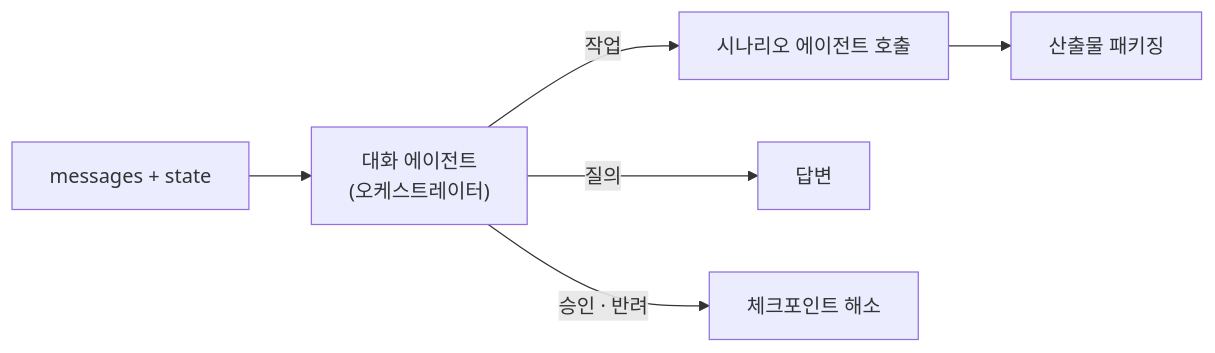
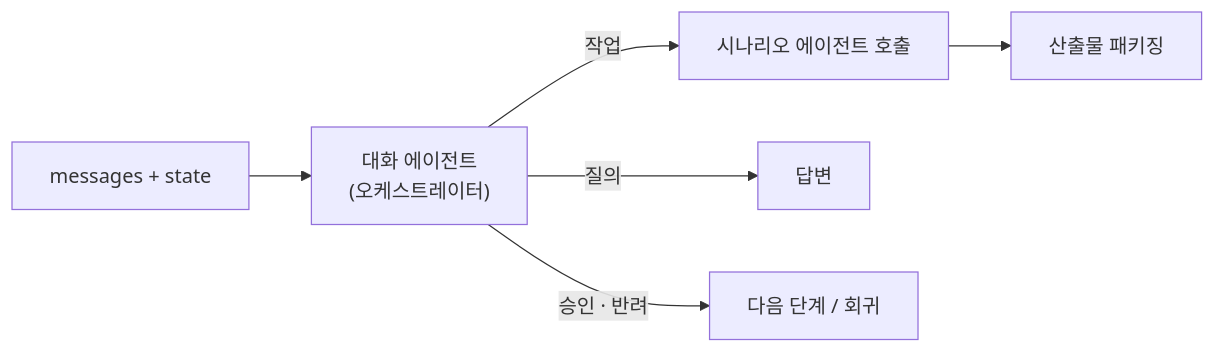
One commit to Doc-AI-Agent-development/Doc-AI-Agent-development.github.io changed the first of 2 diagrams in docs/agents/dialog.md. Above: the diagram before and after it, drawn with Mermaid. The commit also changed other lines of this file, not shown here.

Commit message:
Clarify checkpoint wording in dialog
Replace vague "체크포인트 해소" with the concrete decision/outcome
(manager approves or rejects a pending draft -> proceed or revise).

````diff
--- a/docs/agents/dialog.md
+++ b/docs/agents/dialog.md
@@ -27,8 +27,8 @@
 ```mermaid
 flowchart LR
     IN["messages + state"] --> SVC["대화 에이전트<br/>(오케스트레이터)"]
     SVC -->|"작업"| TASK["시나리오 에이전트 호출"]
     SVC -->|"질의"| ANS["답변"]
-    SVC -->|"승인 · 반려"| CK["체크포인트 해소"]
+    SVC -->|"승인 · 반려"| CK["다음 단계 / 회귀"]
     TASK --> PKG["산출물 패키징"]
 ```
````
